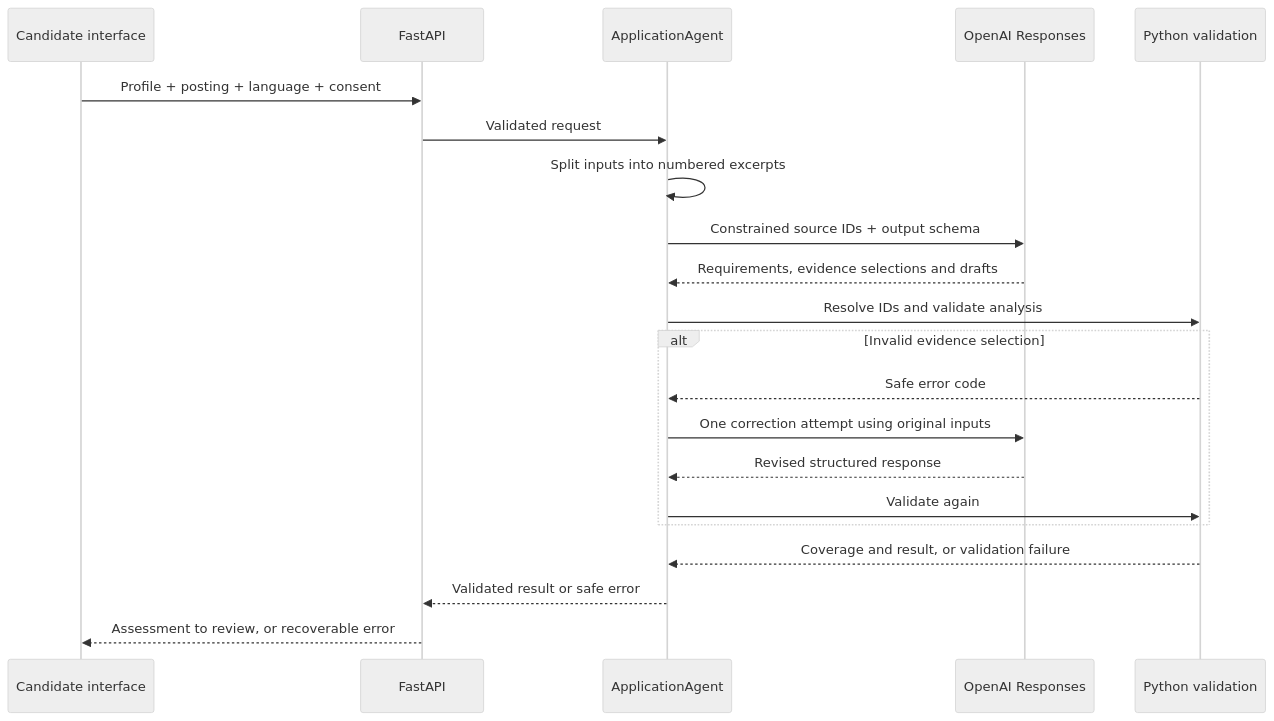
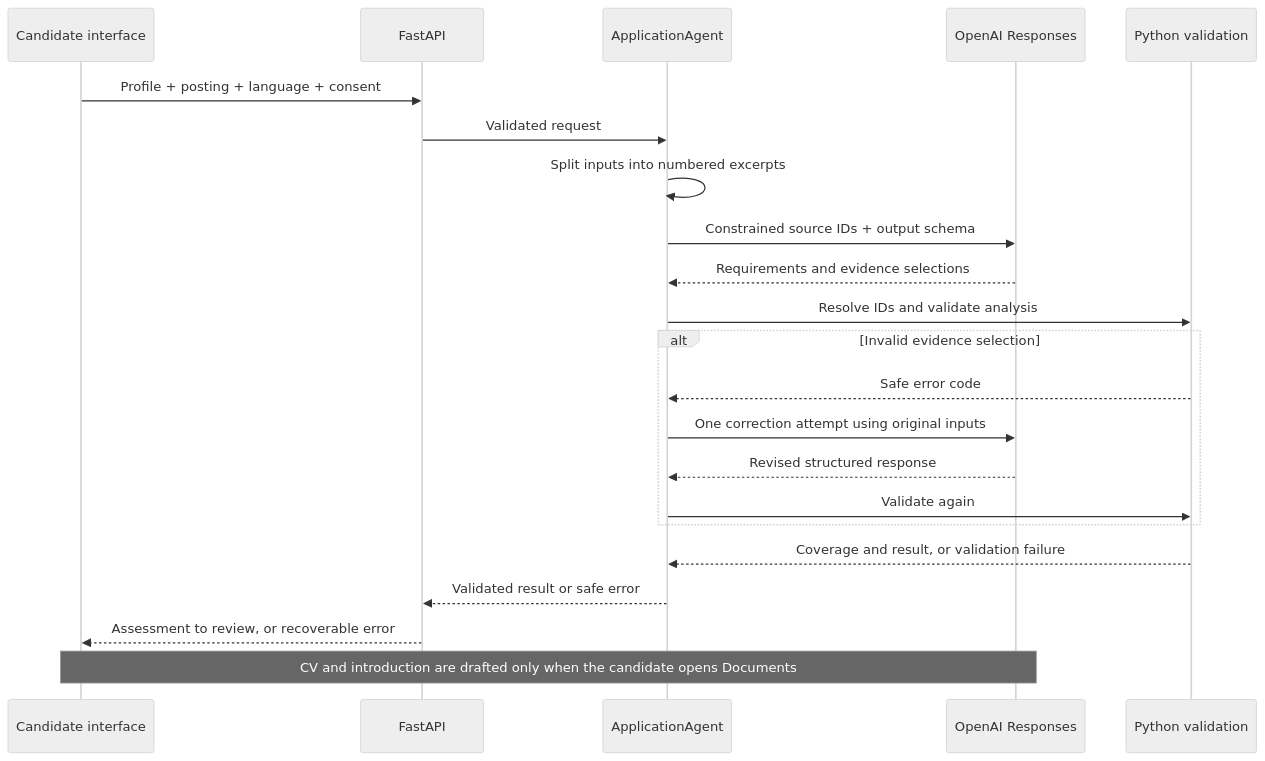
One commit to Mialy333/drills.ai changed the second of 2 diagrams in README.md. Above: the diagram before and after it, drawn with Mermaid (neutral theme). The commit also changed other lines of this file and 13 other files, not shown here.

````diff
--- a/README.md
+++ b/README.md
@@ -104,24 +104,25 @@
 ```mermaid
 sequenceDiagram
     participant UI as Candidate interface
     participant API as FastAPI
     participant Agent as ApplicationAgent
     participant LLM as OpenAI Responses
     participant Checks as Python validation
 
     UI->>API: Profile + posting + language + consent
     API->>Agent: Validated request
     Agent->>Agent: Split inputs into numbered excerpts
     Agent->>LLM: Constrained source IDs + output schema
-    LLM-->>Agent: Requirements, evidence selections and drafts
+    LLM-->>Agent: Requirements and evidence selections
     Agent->>Checks: Resolve IDs and validate analysis
     alt Invalid evidence selection
         Checks-->>Agent: Safe error code
         Agent->>LLM: One correction attempt using original inputs
         LLM-->>Agent: Revised structured response
         Agent->>Checks: Validate again
     end
     Checks-->>Agent: Coverage and result, or validation failure
     Agent-->>API: Validated result or safe error
     API-->>UI: Assessment to review, or recoverable error
+    Note over UI,LLM: CV and introduction are drafted only when the candidate opens Documents
 ```
````
